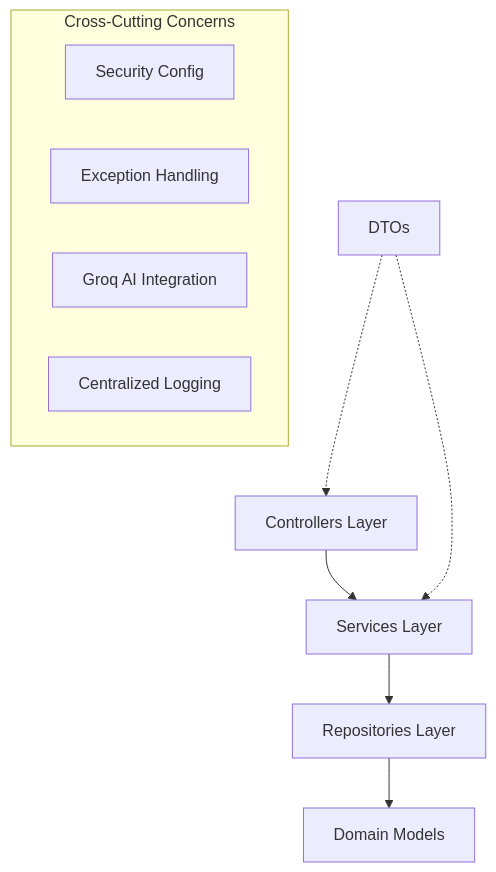
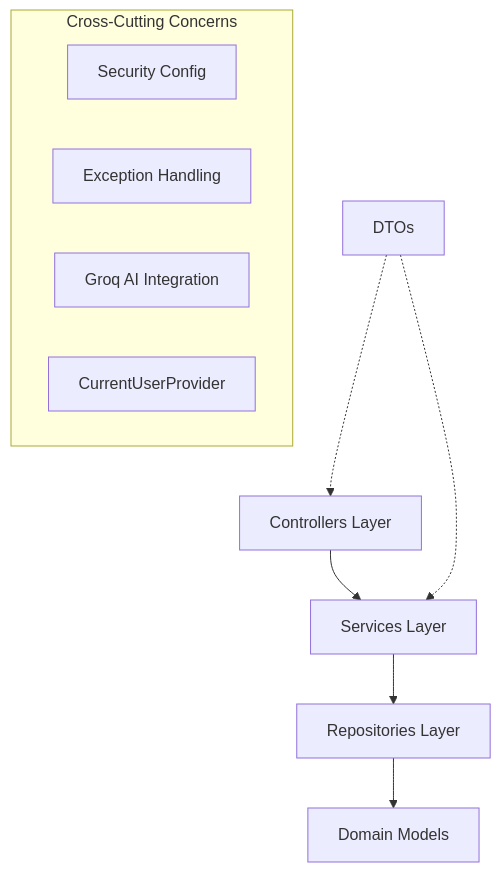
Before and after one commit to harshapilli369/collabry: the diagram in quality/Design_Principals.md, drawn with Mermaid. The commit also changed other lines of this file and 4 other files, not shown here.

````diff
--- a/quality/Design_Principals.md
+++ b/quality/Design_Principals.md
@@ -13,16 +26,16 @@
 ```mermaid
 graph TD
     A[Controllers Layer] --> B[Services Layer]
     B --> C[Repositories Layer]
     C --> D[Domain Models]
     
     E[DTOs] -.-> A
     E -.-> B
     
     subgraph "Cross-Cutting Concerns"
     F[Security Config]
     G[Exception Handling]
     H[Groq AI Integration]
-    I[Centralized Logging]
+    I[CurrentUserProvider]
     end
 ```
````
